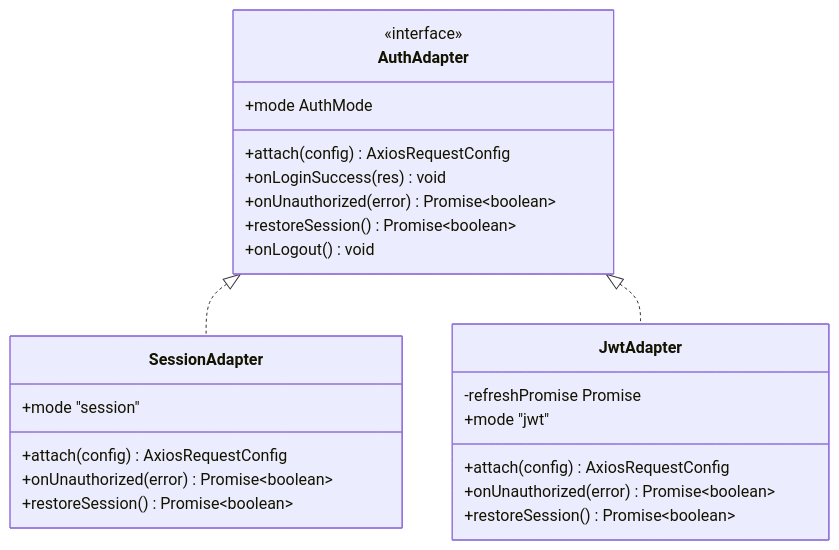
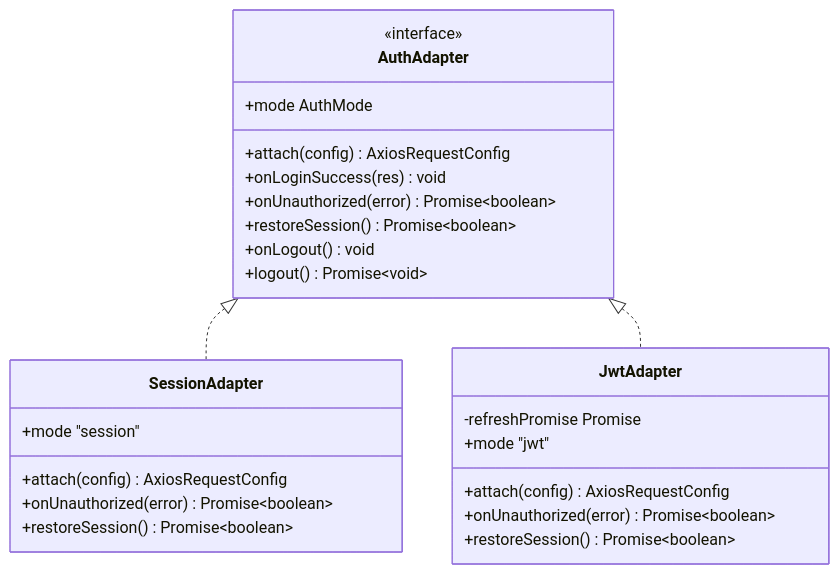
Before and after one commit to oikawa-d/task_management: the sixth of 8 diagrams in docs/basic_design/05_frontend.md, drawn with Mermaid. The commit also changed other lines of this file and 12 other files, not shown here.

````diff
--- a/docs/basic_design/05_frontend.md
+++ b/docs/basic_design/05_frontend.md
@@ -333,27 +333,28 @@
 ```mermaid
 classDiagram
     class AuthAdapter {
         <<interface>>
         +mode AuthMode
         +attach(config) AxiosRequestConfig
         +onLoginSuccess(res) void
         +onUnauthorized(error) Promise~boolean~
         +restoreSession() Promise~boolean~
         +onLogout() void
+        +logout() Promise~void~
     }
     class SessionAdapter {
         +mode "session"
         +attach(config) AxiosRequestConfig
         +onUnauthorized(error) Promise~boolean~
         +restoreSession() Promise~boolean~
     }
     class JwtAdapter {
         -refreshPromise Promise
         +mode "jwt"
         +attach(config) AxiosRequestConfig
         +onUnauthorized(error) Promise~boolean~
         +restoreSession() Promise~boolean~
     }
     AuthAdapter <|.. SessionAdapter
     AuthAdapter <|.. JwtAdapter
 ```
````
